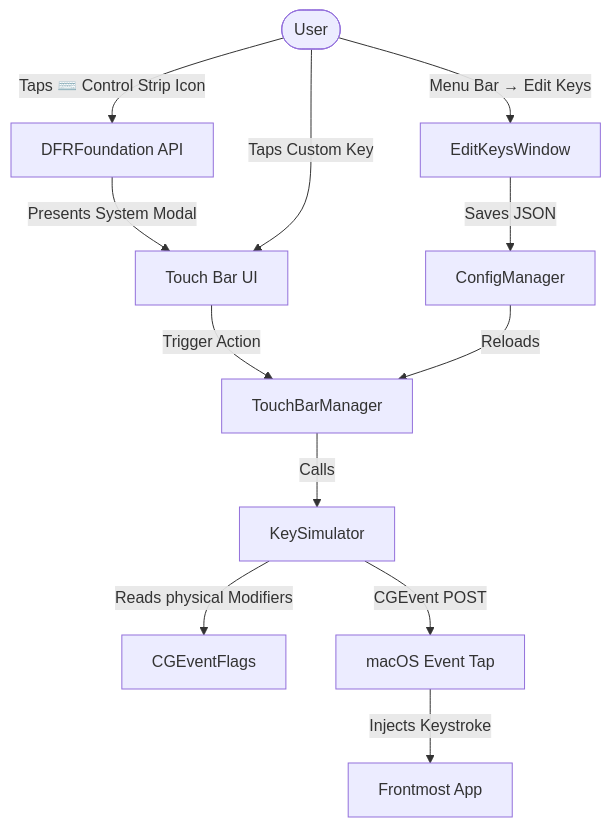
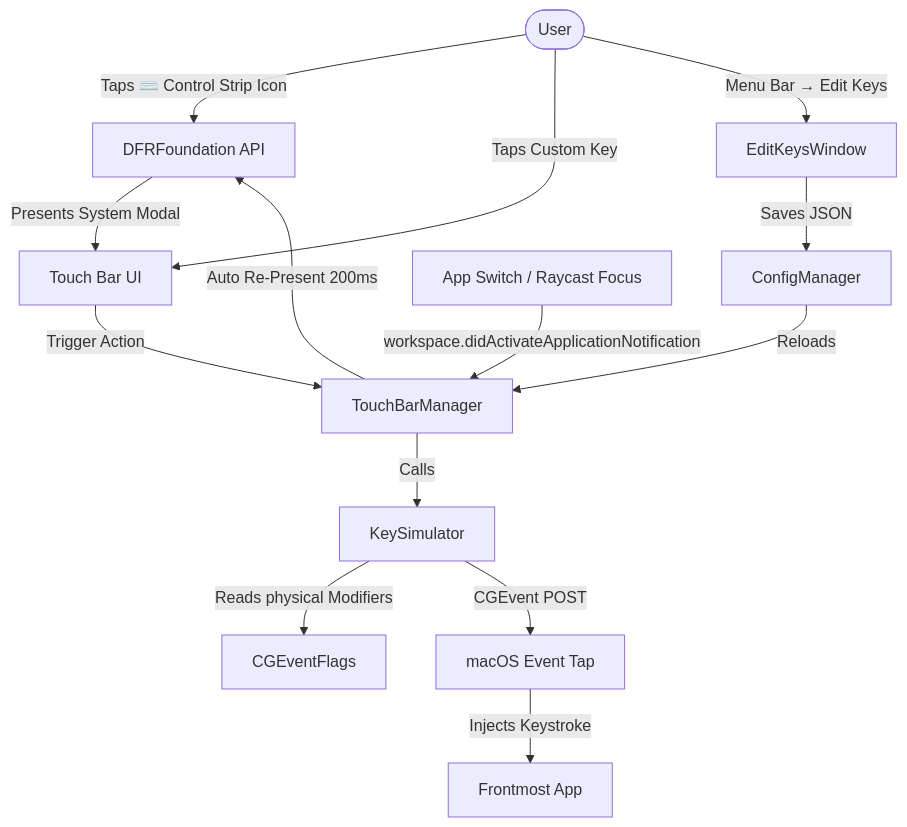
The diagram in README.md (r69shabh/bttopn), drawn with Mermaid before and after one commit. The commit also changed other lines of this file, not shown here.

Commit message:
docs: upgrade README with comparison table, badges, and detailed architecture flow

````diff
--- a/README.md
+++ b/README.md
@@ -47,15 +81,18 @@
 ```mermaid
 graph TD
     User([User]) -->|Taps ⌨️ Control Strip Icon| DFR[DFRFoundation API]
     DFR -->|Presents System Modal| tbUI[Touch Bar UI]
     User -->|Taps Custom Key| tbUI
     tbUI -->|Trigger Action| appDelegate[TouchBarManager]
     appDelegate -->|Calls| keySim[KeySimulator]
     keySim -->|Reads physical Modifiers| sysState[CGEventFlags]
     keySim -->|CGEvent POST| macOS[macOS Event Tap]
     macOS -->|Injects Keystroke| ActiveApp[Frontmost App]
     
     User -->|Menu Bar → Edit Keys| editor[EditKeysWindow]
     editor -->|Saves JSON| config[ConfigManager]
     config -->|Reloads| appDelegate
+    
+    macOS_Focus[App Switch / Raycast Focus] -->|workspace.didActivateApplicationNotification| appDelegate
+    appDelegate -->|Auto Re-Present 200ms| DFR
 ```
````
